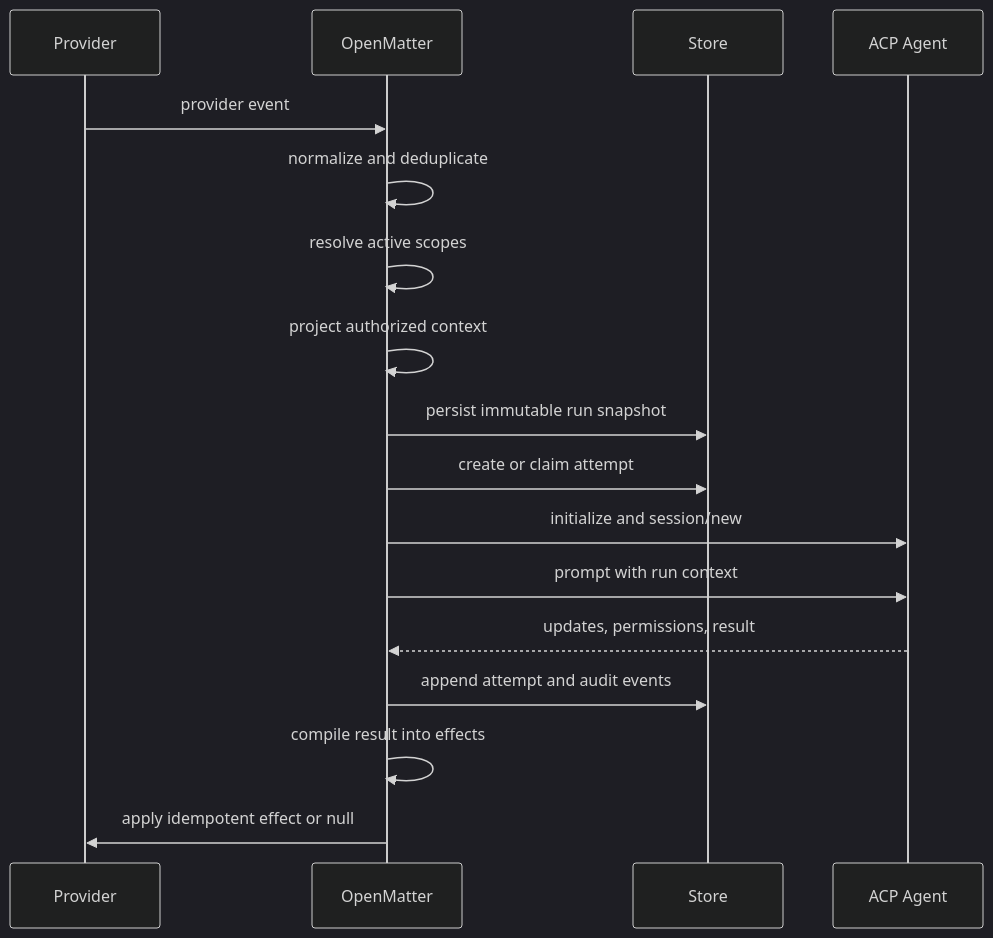
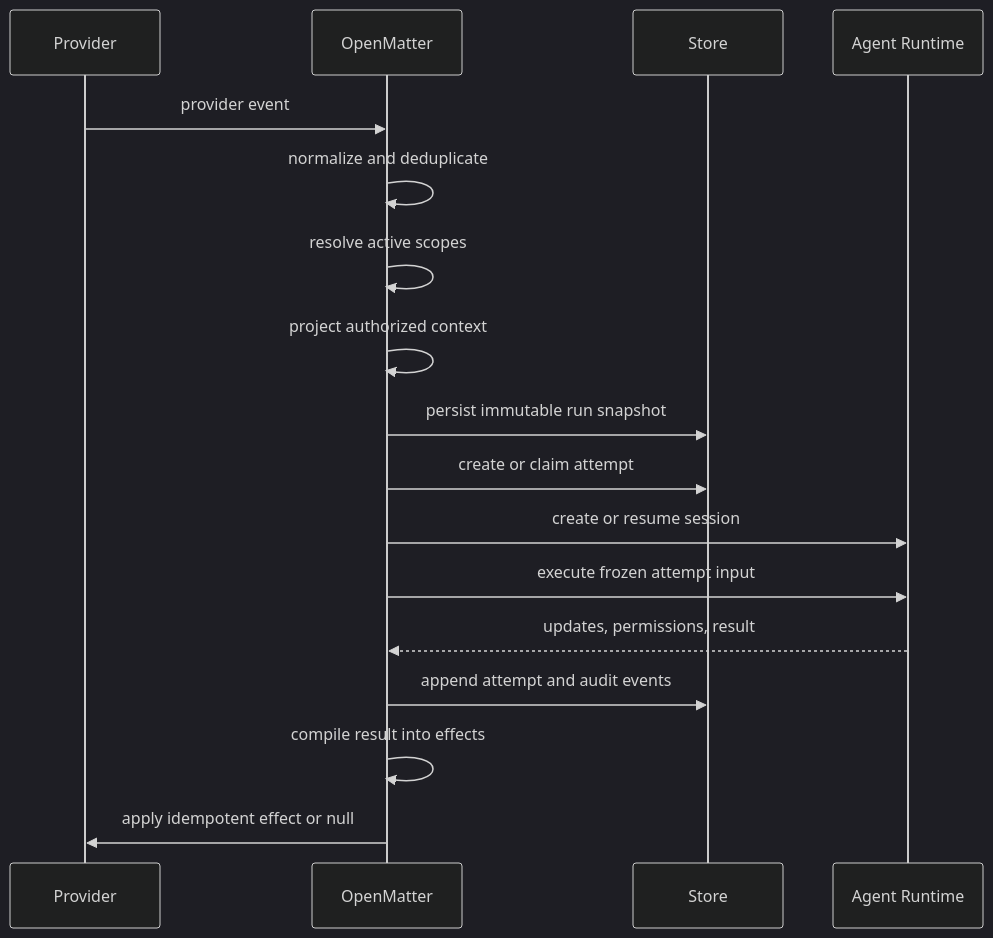
The second of 2 diagrams in docs/BRIEF.md (openma-ai/OpenMatter), drawn with Mermaid (dark theme) before and after one commit. The commit also changed other lines of this file and 1 other file, not shown here.

````diff
--- a/docs/BRIEF.md
+++ b/docs/BRIEF.md
@@ -150,20 +200,20 @@
 ```mermaid
 sequenceDiagram
     participant P as Provider
     participant O as OpenMatter
     participant S as Store
-    participant A as ACP Agent
+    participant A as Agent Runtime
 
     P->>O: provider event
     O->>O: normalize and deduplicate
     O->>O: resolve active scopes
     O->>O: project authorized context
     O->>S: persist immutable run snapshot
     O->>S: create or claim attempt
-    O->>A: initialize and session/new
-    O->>A: prompt with run context
+    O->>A: create or resume session
+    O->>A: execute frozen attempt input
     A-->>O: updates, permissions, result
     O->>S: append attempt and audit events
     O->>O: compile result into effects
     O->>P: apply idempotent effect or null
 ```
````
